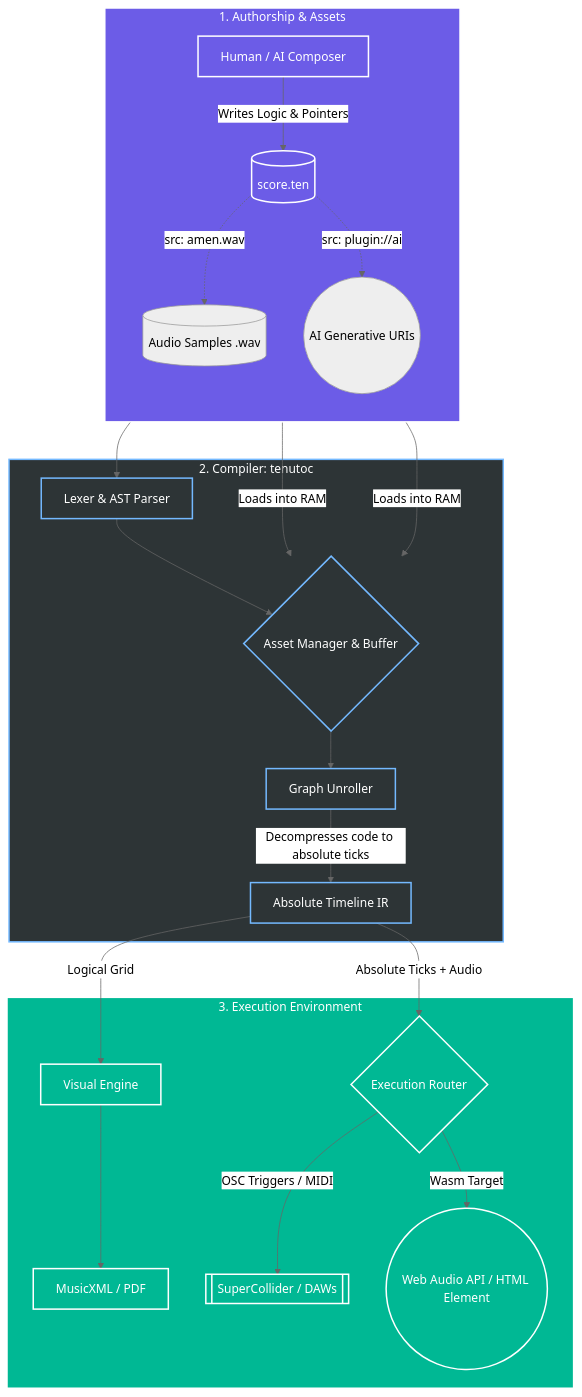
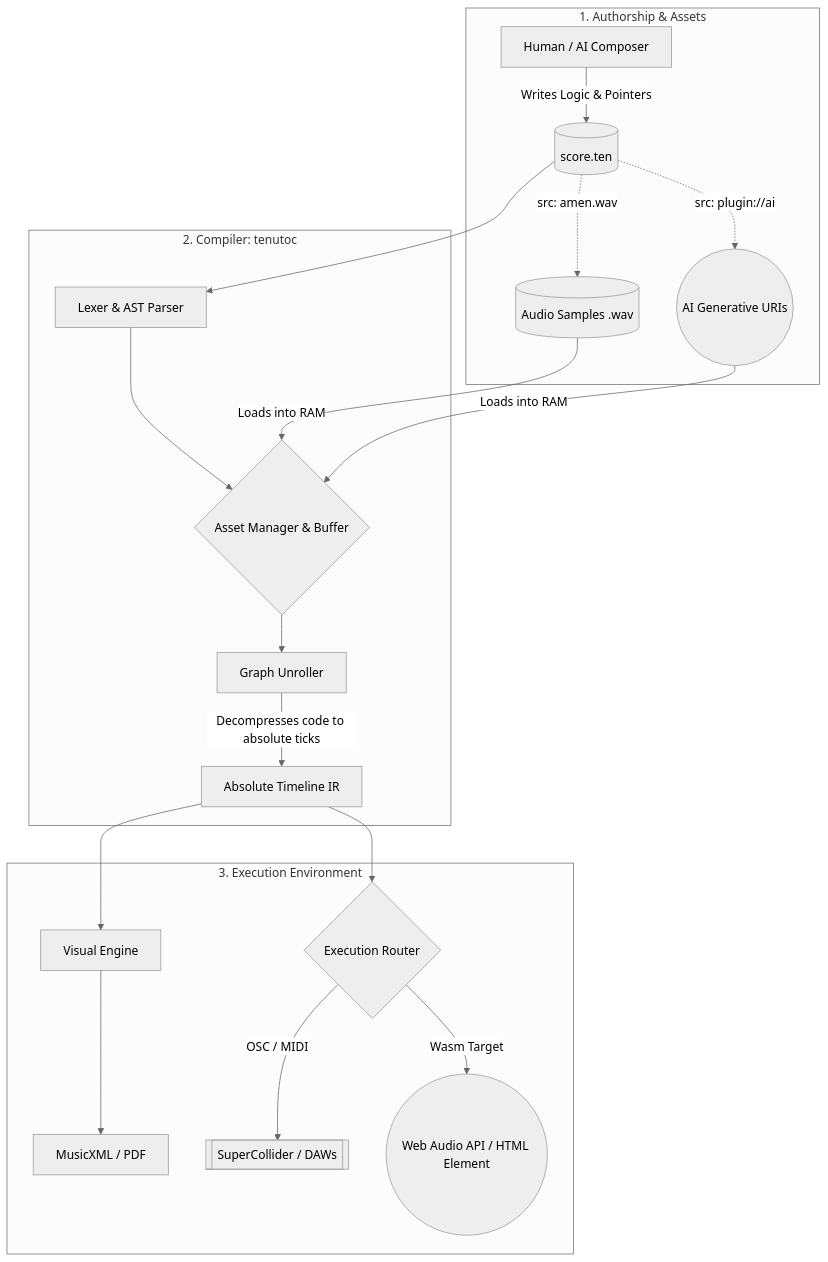
The diagram in README.md (alec-borman/TenutoNotationLanguage), drawn with Mermaid (neutral theme) before and after one commit. The commit also changed other lines of this file, not shown here.

````diff
--- a/README.md
+++ b/README.md
@@ -56,36 +54,23 @@
 ```mermaid
 graph TD
-    %% --- 1. THE WORKSPACE ---
     subgraph Workspace [1. Authorship & Assets]
-        direction TB
         Composer[Human / AI Composer] -->|Writes Logic & Pointers| Source[(score.ten)]
         Source -.->|src: amen.wav| Samples[(Audio Samples .wav)]
         Source -.->|src: plugin://ai| Plugins((AI Generative URIs))
     end
 
-    %% --- 2. THE COMPILER ---
     subgraph Compiler [2. Compiler: tenutoc]
         Source --> Parse[Lexer & AST Parser]
         Parse --> AssetMgr{Asset Manager & Buffer}
         Samples & Plugins -->|Loads into RAM| AssetMgr
         AssetMgr --> Unroller[Graph Unroller]
         Unroller -->|Decompresses code to absolute ticks| IR[Absolute Timeline IR]
     end
 
-    %% --- 3. THE EXECUTION DOMAIN ---
     subgraph Execution [3. Execution Environment]
-        IR -->|Logical Grid| Vis[Visual Engine] --> XML[MusicXML / PDF]
-        IR -->|Absolute Ticks + Audio| AudioRouter{Execution Router}
-        AudioRouter -->|OSC Triggers / MIDI| ProAudio[[SuperCollider / DAWs]]
+        IR --> Vis[Visual Engine] --> XML[MusicXML / PDF]
+        IR --> AudioRouter{Execution Router}
+        AudioRouter -->|OSC / MIDI| ProAudio[[SuperCollider / DAWs]]
         AudioRouter -->|Wasm Target| WebRuntime((Web Audio API / HTML Element))
     end
-
-    classDef workspace fill:#6c5ce7,stroke:#fff,stroke-width:2px,color:#fff;
-    classDef compiler fill:#2d3436,stroke:#74b9ff,stroke-width:2px,color:#fff;
-    classDef execution fill:#00b894,stroke:#fff,stroke-width:2px,color:#fff;
-    
-    class Workspace,Composer,Source workspace;
-    class Compiler,Parse,AssetMgr,Unroller,IR compiler;
-    class Execution,Vis,XML,AudioRouter,ProAudio,WebRuntime execution;
-
 ```
````
